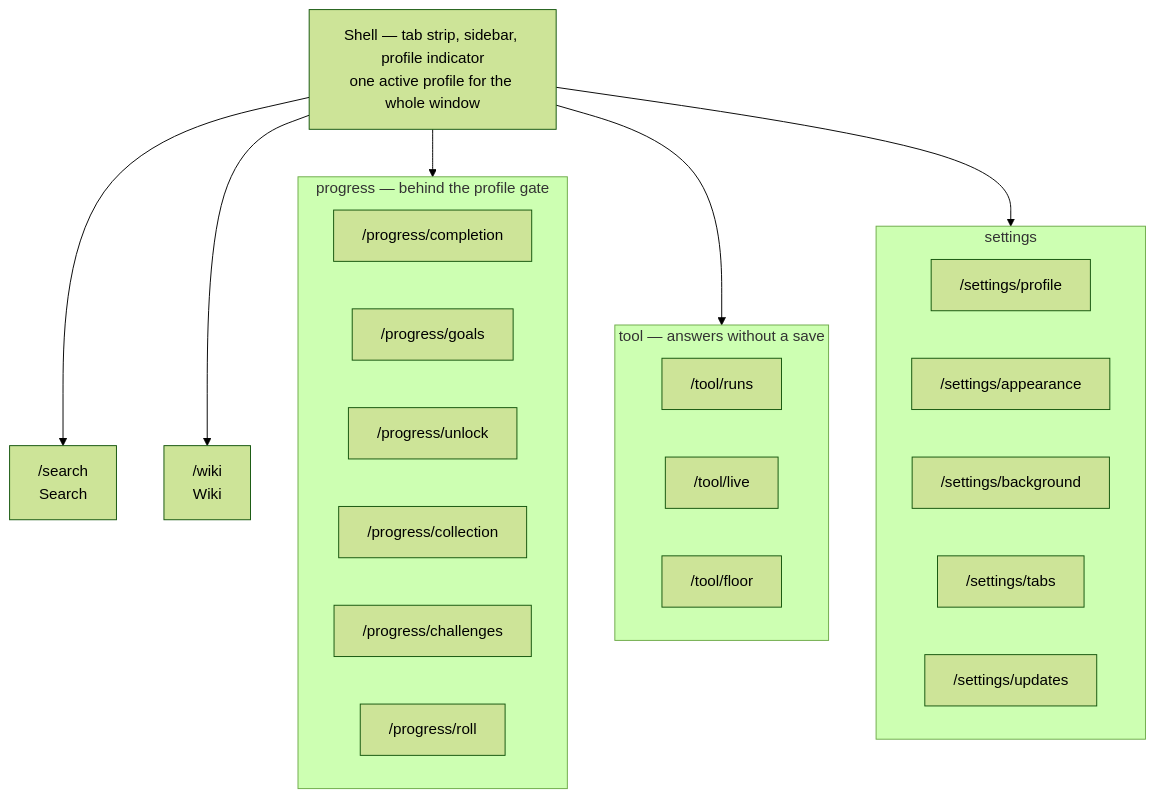
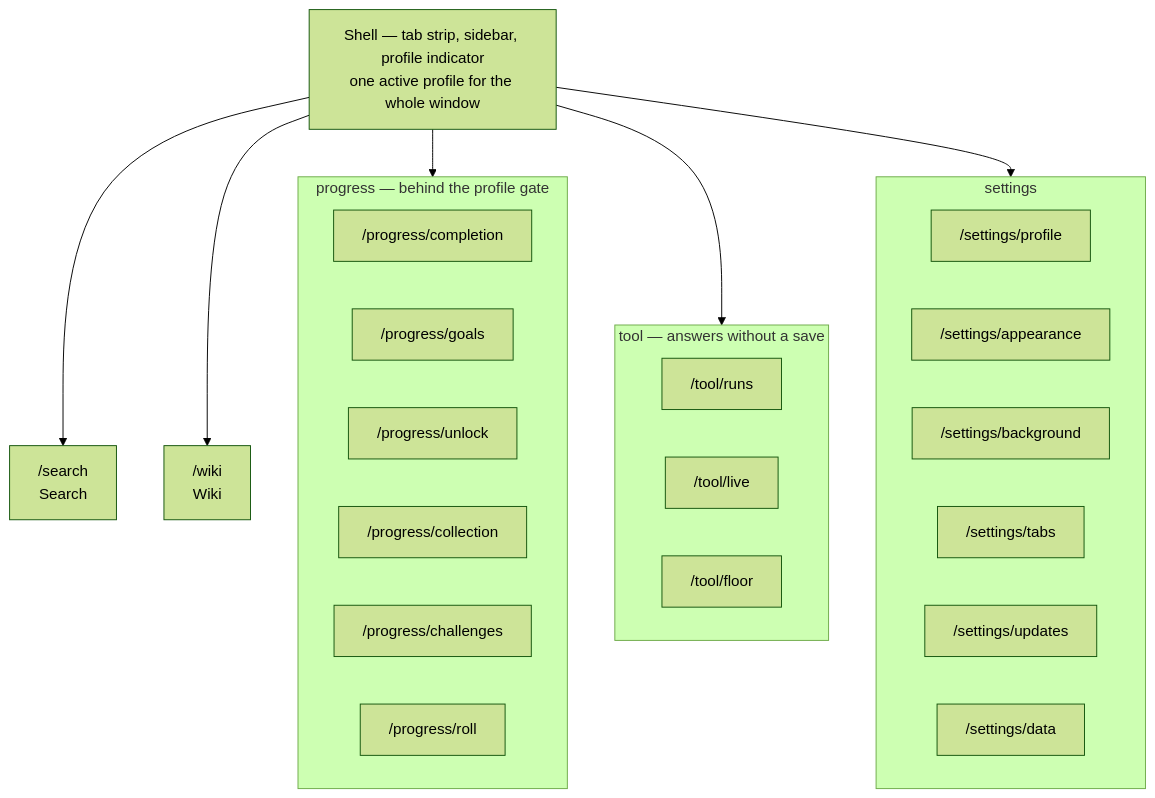
One commit to DomenghiniStefano/isaac-dome changed the third of 4 diagrams in docs/architecture.md. Above: the diagram before and after it, drawn with Mermaid (forest theme). The commit also changed other lines of this file and 2 other files, not shown here.

Commit message:
docs: data page in architecture and backlog

````diff
--- a/docs/architecture.md
+++ b/docs/architecture.md
@@ -246,33 +248,34 @@
 ```mermaid
 flowchart TD
   shell["Shell — tab strip, sidebar, profile indicator<br/>one active profile for the whole window"]
 
   shell --> searchRoute["/search<br/>Search"]
   shell --> progressGroup
   shell --> toolGroup
   shell --> wikiRoute["/wiki<br/>Wiki"]
   shell --> settingsGroup
 
   subgraph progressGroup["progress — behind the profile gate"]
     completion["/progress/completion"]
     goals["/progress/goals"]
     unlock["/progress/unlock"]
     collection["/progress/collection"]
     challengesr["/progress/challenges"]
     rollr["/progress/roll"]
   end
 
   subgraph toolGroup["tool — answers without a save"]
     runsr["/tool/runs"]
     liver["/tool/live"]
     floorr["/tool/floor"]
   end
 
   subgraph settingsGroup["settings"]
     profiler["/settings/profile"]
     appearance["/settings/appearance"]
     background["/settings/background"]
     tabsr["/settings/tabs"]
     updatesr["/settings/updates"]
+    datar["/settings/data"]
   end
 ```
````
